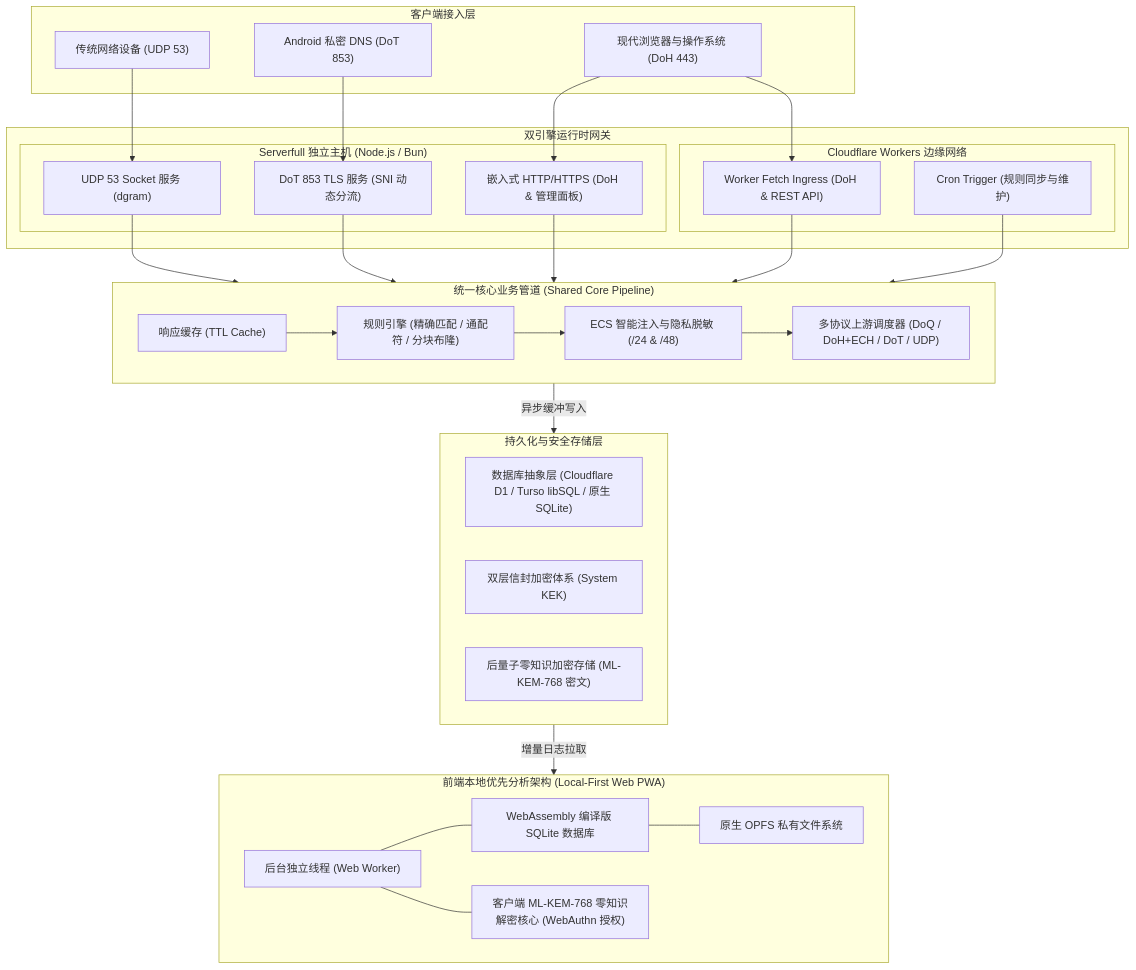
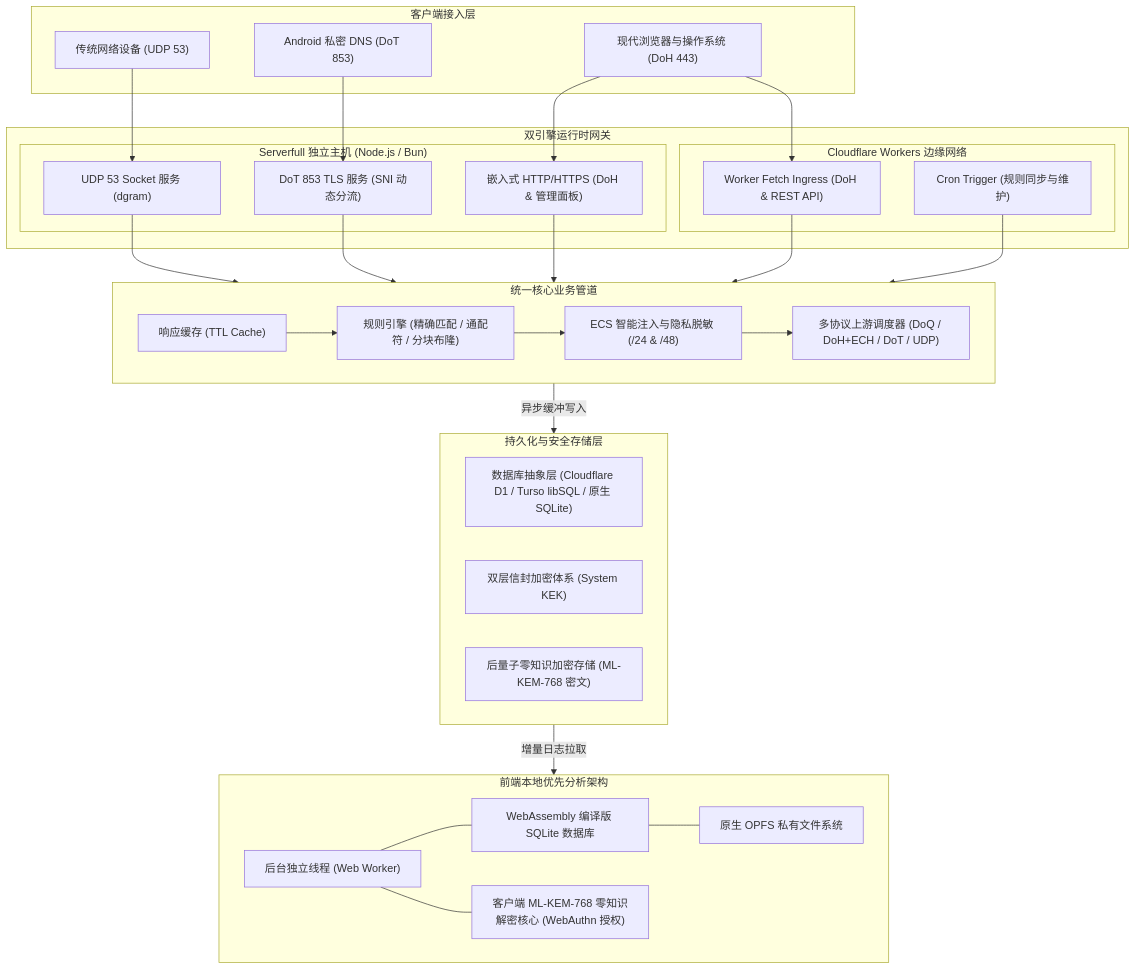
The first of 5 diagrams in docs/src/content/docs/zh-cn/architecture/overview.mdx (Obein/DNS-Worker), drawn with Mermaid before and after one commit. The commit also changed other lines of this file and 18 other files, not shown here.

````diff
--- a/docs/src/content/docs/zh-cn/architecture/overview.mdx
+++ b/docs/src/content/docs/zh-cn/architecture/overview.mdx
@@ -18,63 +18,63 @@
 ```mermaid
 flowchart TD
     subgraph Clients["客户端接入层"]
         C1["传统网络设备 (UDP 53)"]
         C2["Android 私密 DNS (DoT 853)"]
         C3["现代浏览器与操作系统 (DoH 443)"]
     end
 
     subgraph DualEngine["双引擎运行时网关"]
         subgraph Serverfull["Serverfull 独立主机 (Node.js / Bun)"]
             SF_UDP["UDP 53 Socket 服务 (dgram)"]
             SF_DOT["DoT 853 TLS 服务 (SNI 动态分流)"]
             SF_HTTP["嵌入式 HTTP/HTTPS (DoH & 管理面板)"]
         end
 
         subgraph Serverless["Cloudflare Workers 边缘网络"]
             CF_FETCH["Worker Fetch Ingress (DoH & REST API)"]
             CF_CRON["Cron Trigger (规则同步与维护)"]
         end
     end
 
-    subgraph Pipeline["统一核心业务管道 (Shared Core Pipeline)"]
+    subgraph Pipeline["统一核心业务管道"]
         CACHE["响应缓存 (TTL Cache)"]
         FILTER["规则引擎 (精确匹配 / 通配符 / 分块布隆)"]
         ECS["ECS 智能注入与隐私脱敏 (/24 & /48)"]
         RESOLVER["多协议上游调度器 (DoQ / DoH+ECH / DoT / UDP)"]
     end
 
     subgraph Storage["持久化与安全存储层"]
         DB["数据库抽象层 (Cloudflare D1 / Turso libSQL / 原生 SQLite)"]
         SECU["双层信封加密体系 (System KEK)"]
         PQC_STORE["后量子零知识加密存储 (ML-KEM-768 密文)"]
     end
 
-    subgraph Frontend["前端本地优先分析架构 (Local-First Web PWA)"]
+    subgraph Frontend["前端本地优先分析架构"]
         WORKER["后台独立线程 (Web Worker)"]
         WASM_DB["WebAssembly 编译版 SQLite 数据库"]
         OPFS["原生 OPFS 私有文件系统"]
         DECRYPT["客户端 ML-KEM-768 零知识解密核心 (WebAuthn 授权)"]
     end
 
     C1 --> SF_UDP
     C2 --> SF_DOT
     C3 --> SF_HTTP
     C3 --> CF_FETCH
 
     SF_UDP --> Pipeline
     SF_DOT --> Pipeline
     SF_HTTP --> Pipeline
     CF_FETCH --> Pipeline
     CF_CRON --> Pipeline
 
     CACHE --> FILTER
     FILTER --> ECS
     ECS --> RESOLVER
 
     Pipeline -->|"异步缓冲写入"| Storage
     Storage -->|"增量日志拉取"| Frontend
 
     WORKER --- WASM_DB
     WASM_DB --- OPFS
     WORKER --- DECRYPT
 ```
````
